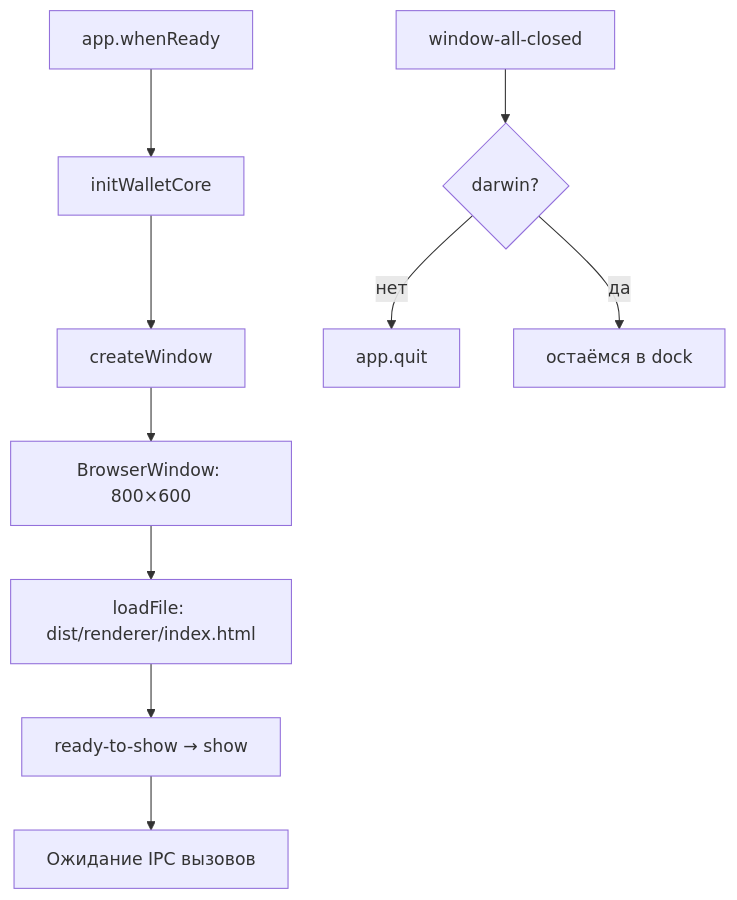
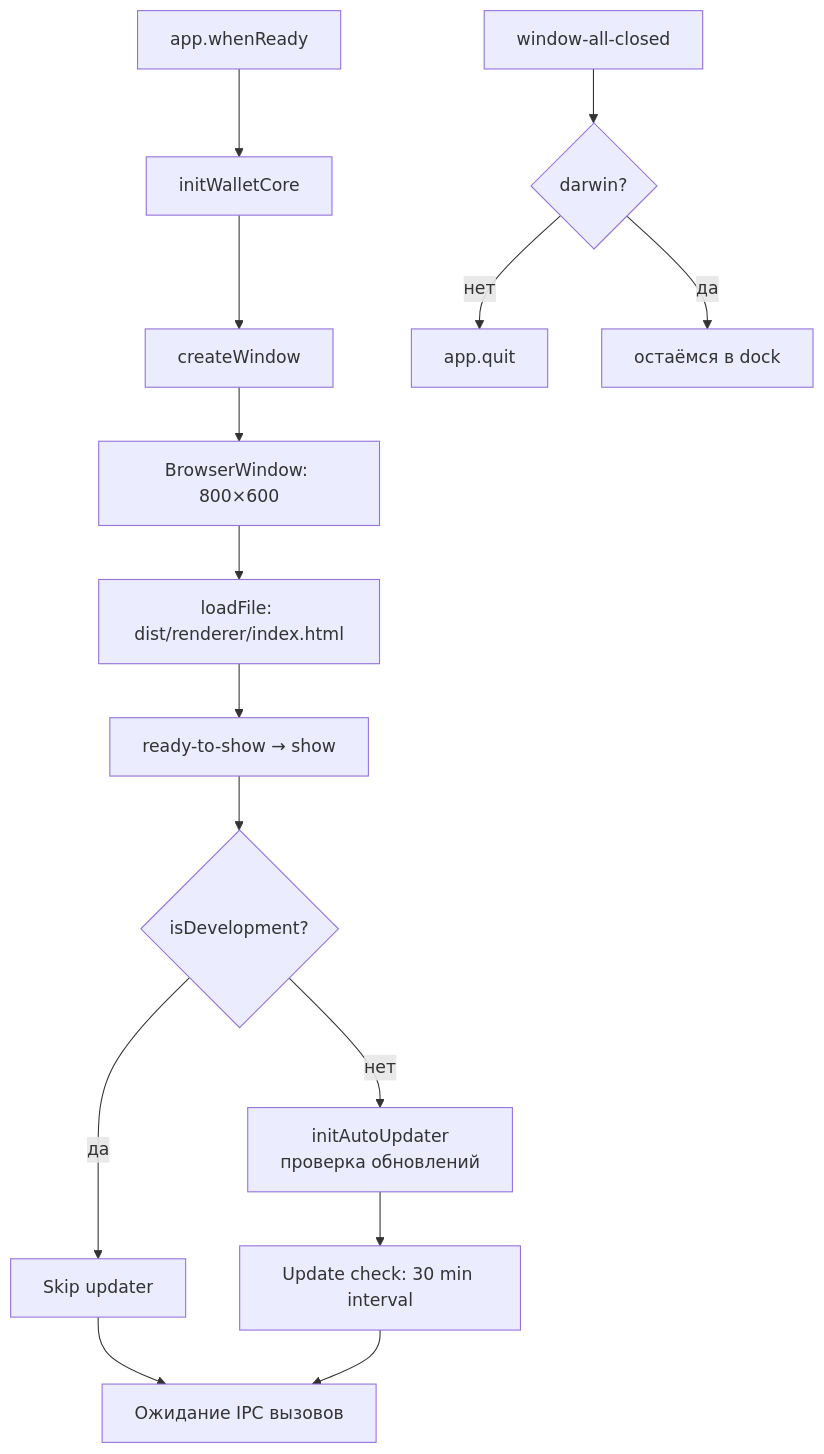
The diagram in docs/backend/electron-main.md (alexander-shmidt14/EVM-wallet), drawn with Mermaid before and after one commit. The commit also changed other lines of this file and 12 other files, not shown here.

Commit message:
feat: implement auto-update system using electron-updater with GitHub integration

````diff
--- a/docs/backend/electron-main.md
+++ b/docs/backend/electron-main.md
@@ -20,13 +21,18 @@
 ```mermaid
 flowchart TD
     A[app.whenReady] --> B[initWalletCore]
     B --> C[createWindow]
     C --> D[BrowserWindow: 800×600]
     D --> E[loadFile: dist/renderer/index.html]
     E --> F[ready-to-show → show]
-    F --> G[Ожидание IPC вызовов]
+    F --> G{isDevelopment?}
+    G -- нет --> H[initAutoUpdater<br/>проверка обновлений]
+    G -- да --> I[Skip updater]
+    H --> J[Update check: 30 min interval]
+    I --> K[Ожидание IPC вызовов]
+    J --> K
     
-    H[window-all-closed] --> I{darwin?}
-    I -- нет --> J[app.quit]
-    I -- да --> K[остаёмся в dock]
+    L[window-all-closed] --> M{darwin?}
+    M -- нет --> N[app.quit]
+    M -- да --> O[остаёмся в dock]
 ```
````
